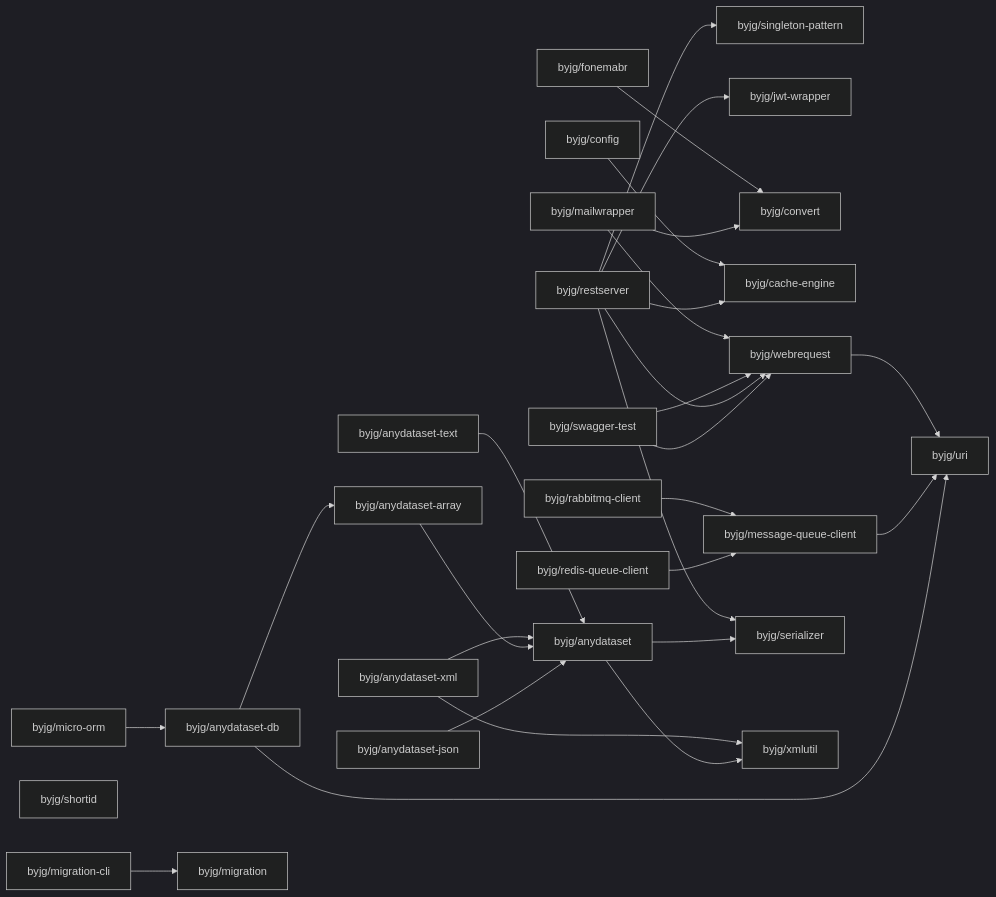
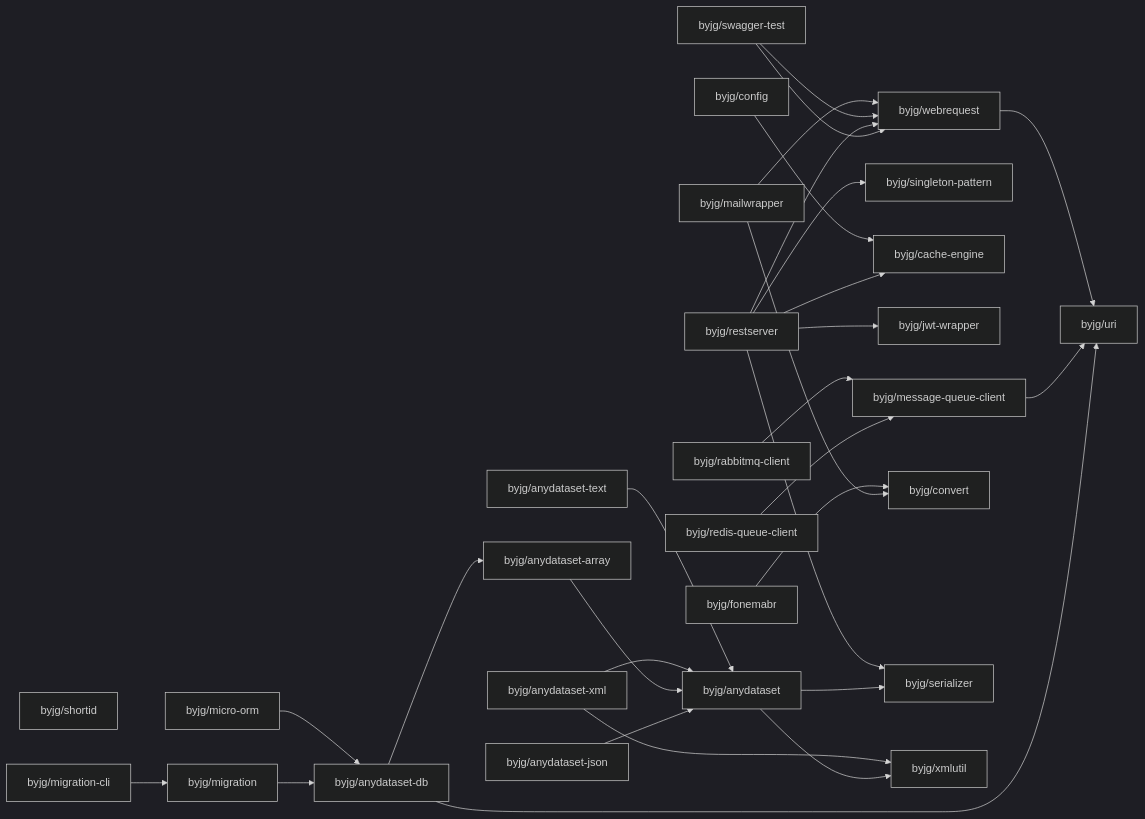
The diagram in php/README.md (byjg/byjg.github.io), drawn with Mermaid (dark theme) before and after one commit. The commit also changed 1 other file, not shown here.

Commit message:
Update documentation 'php' 'php-migration'

````diff
--- a/php/README.md
+++ b/php/README.md
@@ -3,55 +3,56 @@
 ```mermaid
 graph LR;
-  byjg/fonemabr;
+  byjg/rabbitmq-client;
   byjg/anydataset-json;
-  byjg/restserver;
+  byjg/anydataset-xml;
+  byjg/shortid;
+  byjg/redis-queue-client;
+  byjg/config;
   byjg/mailwrapper;
   byjg/micro-orm;
-  byjg/config;
+  byjg/migration-cli;
+  byjg/anydataset-text;
+  byjg/restserver;
   byjg/swagger-test;
-  byjg/shortid;
-  byjg/rabbitmq-client;
-  byjg/redis-queue-client;
-  byjg/anydataset-text;
-  byjg/anydataset-xml;
-  byjg/migration-cli;
+  byjg/fonemabr;
+  byjg/message-queue-client;
+  byjg/migration;
   byjg/singleton-pattern;
+  byjg/cache-engine;
   byjg/jwt-wrapper;
+  byjg/webrequest;
   byjg/convert;
   byjg/anydataset-db;
-  byjg/cache-engine;
-  byjg/webrequest;
-  byjg/message-queue-client;
-  byjg/migration;
   byjg/anydataset-array;
   byjg/uri;
   byjg/anydataset;
   byjg/serializer;
   byjg/xmlutil;
   byjg/fonemabr --> byjg/convert;
   byjg/config --> byjg/cache-engine;
   byjg/anydataset-text --> byjg/anydataset;
   byjg/webrequest --> byjg/uri;
   byjg/rabbitmq-client --> byjg/message-queue-client;
   byjg/micro-orm --> byjg/anydataset-db;
   byjg/anydataset-xml --> byjg/anydataset;
   byjg/anydataset-xml --> byjg/xmlutil;
   byjg/anydataset-array --> byjg/anydataset;
   byjg/mailwrapper --> byjg/convert;
   byjg/mailwrapper --> byjg/webrequest;
   byjg/message-queue-client --> byjg/uri;
   byjg/anydataset-db --> byjg/anydataset-array;
   byjg/anydataset-db --> byjg/uri;
   byjg/anydataset-json --> byjg/anydataset;
+  byjg/migration --> byjg/anydataset-db;
   byjg/swagger-test --> byjg/webrequest;
   byjg/redis-queue-client --> byjg/message-queue-client;
   byjg/restserver --> byjg/serializer;
   byjg/restserver --> byjg/singleton-pattern;
   byjg/restserver --> byjg/cache-engine;
   byjg/restserver --> byjg/webrequest;
   byjg/restserver --> byjg/jwt-wrapper;
   byjg/swagger-test --> byjg/webrequest;
   byjg/migration-cli --> byjg/migration;
   byjg/anydataset --> byjg/serializer;
   byjg/anydataset --> byjg/xmlutil;
 ```
````
